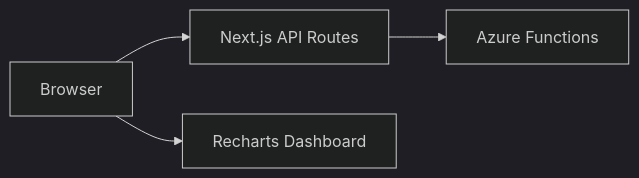
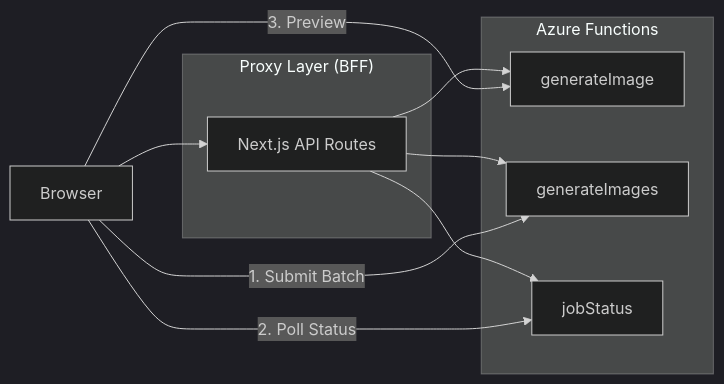
One commit to victoriacheng15/cover-craft changed the diagram in docs/architecture/frontend.md. Above: the diagram before and after it, drawn with Mermaid (dark theme). The commit also changed other lines of this file and 2 other files, not shown here.

Commit message:
docs(arch): synchronize async batch generation architecture (#223)

````diff
--- a/docs/architecture/frontend.md
+++ b/docs/architecture/frontend.md
@@ -15,6 +17,22 @@
 ```mermaid
 graph LR
     Client[Browser] --> Proxy[Next.js API Routes]
-    Proxy --> Backend[Azure Functions]
-    Client --> Analytics[Recharts Dashboard]
+    
+    subgraph ProxyLayer["Proxy Layer (BFF)"]
+        Proxy
+    end
+    
+    subgraph Backend["Azure Functions"]
+        Sync[generateImage]
+        Async[generateImages]
+        Status[jobStatus]
+    end
+
+    Proxy --> Sync
+    Proxy --> Async
+    Proxy --> Status
+    
+    Client -->|1. Submit Batch| Async
+    Client -->|2. Poll Status| Status
+    Client -->|3. Preview| Sync
 ```
````
